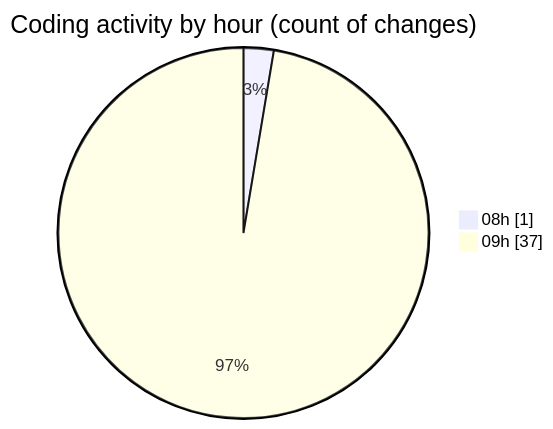
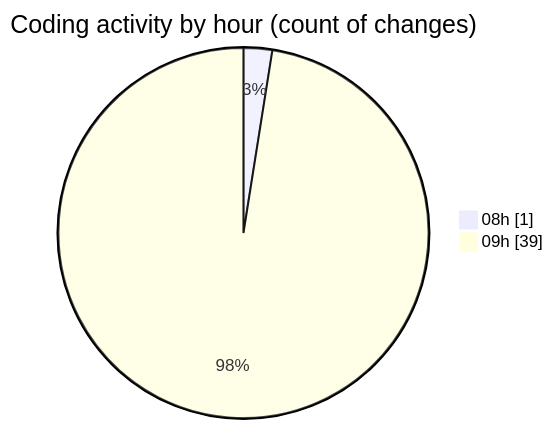
One commit to momahboobian/code-tracking changed the second of 2 diagrams in 2026-08-25/cda/README.md. Above: the diagram before and after it, drawn with Mermaid. The commit also changed other lines of this file and 1 other file, not shown here.

````diff
--- a/2026-08-25/cda/README.md
+++ b/2026-08-25/cda/README.md
@@ -35,6 +35,6 @@
 ```mermaid
 pie showData
 title Coding activity by hour (count of changes)
 "08h" : 1
-"09h" : 37
+"09h" : 39
 ```
````
